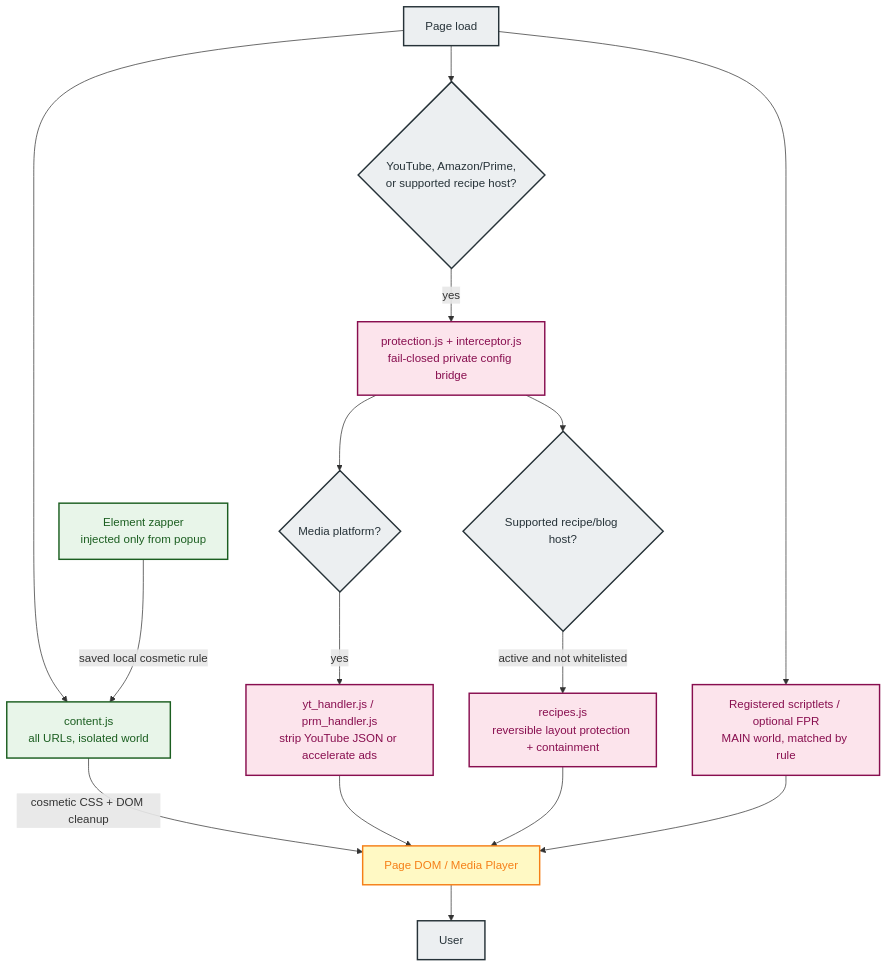
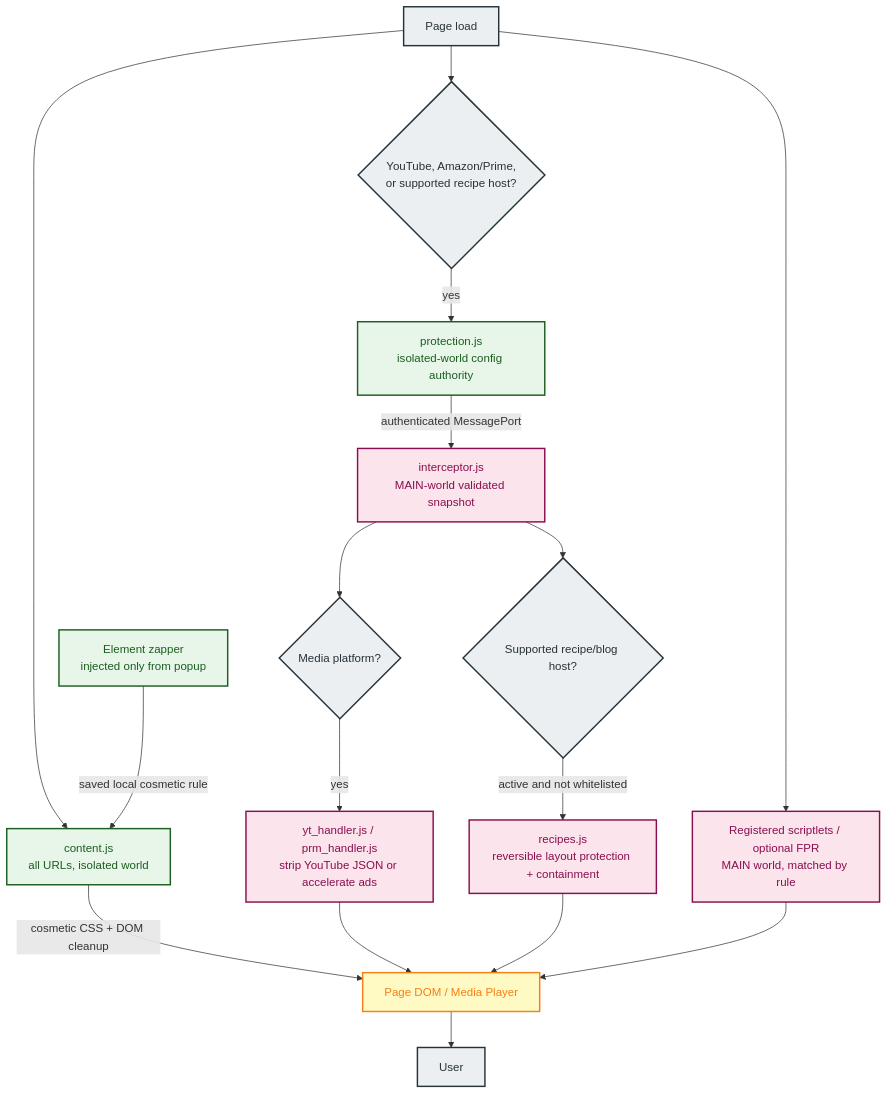
The first of 2 diagrams in docs/ARCHITECTURE.md (Dabrogost/Chroma-Ad-Blocker), drawn with Mermaid before and after one commit. The commit also changed other lines of this file and 32 other files, not shown here.

````diff
--- a/docs/ARCHITECTURE.md
+++ b/docs/ARCHITECTURE.md
@@ -17,31 +17,32 @@
 ```mermaid
 graph TD
     classDef ext fill:#e8f5e9,color:#1b5e20,stroke:#1b5e20,stroke-width:2px
     classDef main fill:#fce4ec,color:#880e4f,stroke:#880e4f,stroke-width:2px
     classDef page fill:#fff9c4,color:#f57f17,stroke:#f57f17,stroke-width:2px
     classDef actor fill:#eceff1,color:#263238,stroke:#263238,stroke-width:2px
 
     LOAD["Page load"]:::actor
     PAGE["Page DOM / Media Player"]:::page
     USER["User"]:::actor
 
     LOAD --> CONTENT["content.js<br/>all URLs, isolated world"]:::ext
     CONTENT -->|"cosmetic CSS + DOM cleanup"| PAGE
 
     LOAD --> BRIDGEHOST{"YouTube, Amazon/Prime,<br/>or supported recipe host?"}:::actor
-    BRIDGEHOST -->|"yes"| BRIDGE["protection.js + interceptor.js<br/>fail-closed private config bridge"]:::main
-    BRIDGE --> MEDIA{"Media platform?"}:::actor
+    BRIDGEHOST -->|"yes"| PROTECTION["protection.js<br/>isolated-world config authority"]:::ext
+    PROTECTION -->|"authenticated MessagePort"| INTERCEPTOR["interceptor.js<br/>MAIN-world validated snapshot"]:::main
+    INTERCEPTOR --> MEDIA{"Media platform?"}:::actor
     MEDIA -->|"yes"| HANDLERS["yt_handler.js / prm_handler.js<br/>strip YouTube JSON or accelerate ads"]:::main
     HANDLERS --> PAGE
 
-    BRIDGE --> RECIPES{"Supported recipe/blog host?"}:::actor
+    INTERCEPTOR --> RECIPES{"Supported recipe/blog host?"}:::actor
     RECIPES -->|"active and not whitelisted"| RECIPE["recipes.js<br/>reversible layout protection + containment"]:::main
     RECIPE --> PAGE
 
     LOAD --> SCRIPTLETS["Registered scriptlets / optional FPR<br/>MAIN world, matched by rule"]:::main
     SCRIPTLETS --> PAGE
 
     ZAP["Element zapper<br/>injected only from popup"]:::ext -->|"saved local cosmetic rule"| CONTENT
 
     PAGE --> USER
 ```
````
